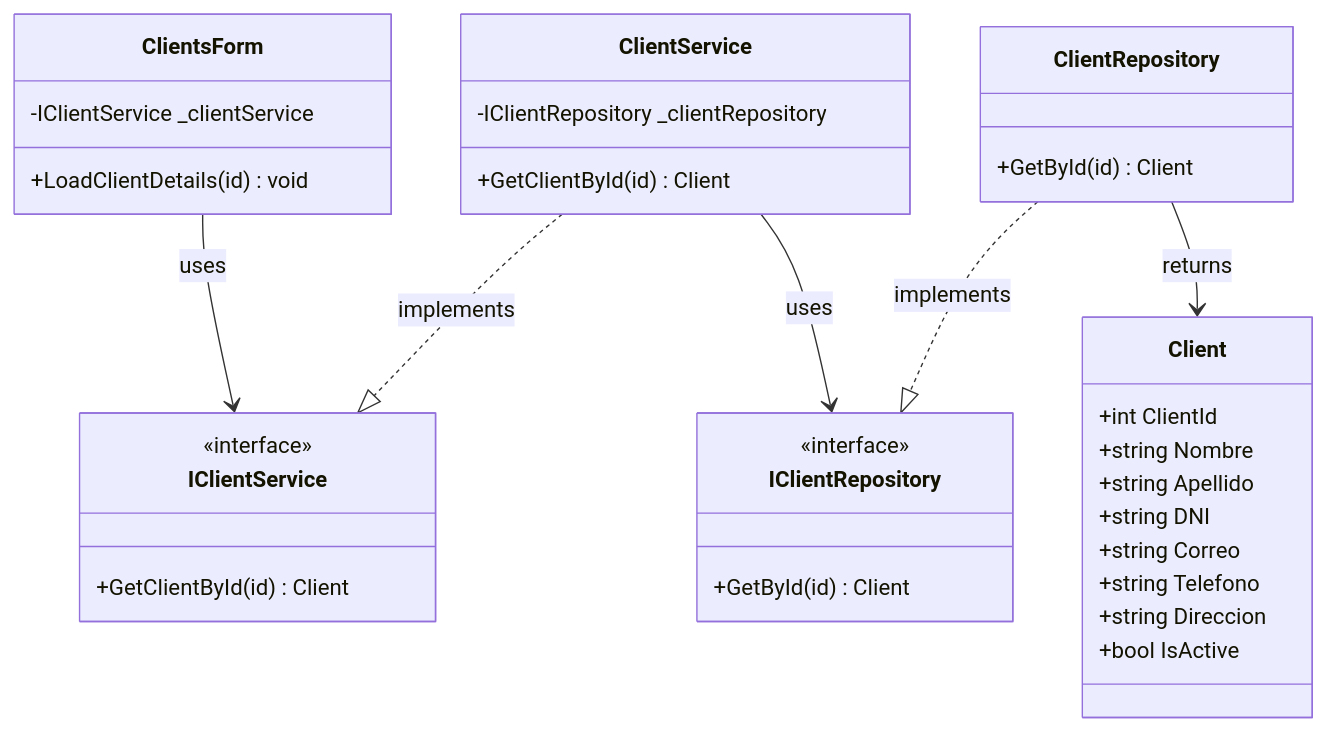
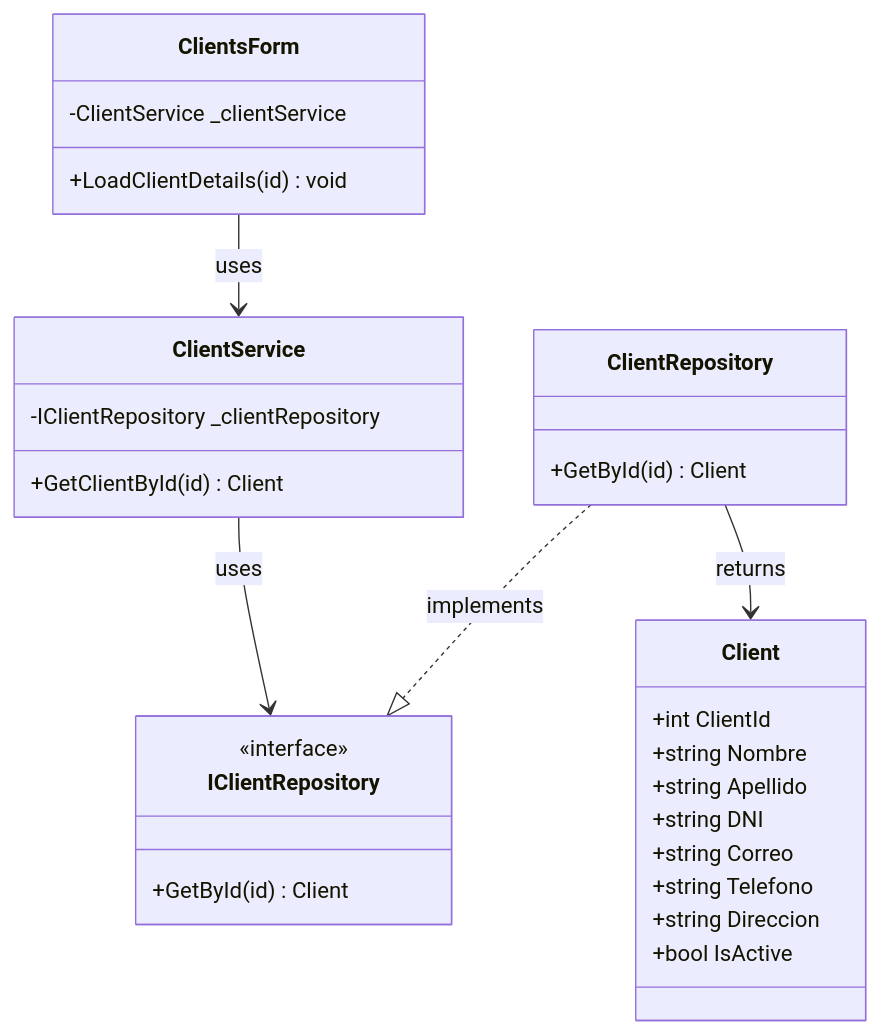
The ninth of 12 diagrams in Documentation/UML_Diagrams/17_Clients_UseCases.md (nahuk86/tp_diploma_nk_2026), drawn with Mermaid before and after one commit. The commit also changed other lines of this file and 5 other files, not shown here.

First line of the commit message:
Fix UML documentation: remove non-existent BLL service interfaces

````diff
--- a/Documentation/UML_Diagrams/17_Clients_UseCases.md
+++ b/Documentation/UML_Diagrams/17_Clients_UseCases.md
@@ -343,43 +318,38 @@
 ```mermaid
 classDiagram
     class ClientsForm {
-        -IClientService _clientService
+        -ClientService _clientService
         +LoadClientDetails(id) void
     }
 
-    class IClientService {
-        <<interface>>
-        +GetClientById(id) Client
-    }
 
     class ClientService {
         -IClientRepository _clientRepository
         +GetClientById(id) Client
     }
 
     class IClientRepository {
         <<interface>>
         +GetById(id) Client
     }
 
     class ClientRepository {
         +GetById(id) Client
     }
 
     class Client {
         +int ClientId
         +string Nombre
         +string Apellido
         +string DNI
         +string Correo
         +string Telefono
         +string Direccion
         +bool IsActive
     }
 
-    ClientsForm --> IClientService : uses
-    ClientService ..|> IClientService : implements
+    ClientsForm --> ClientService : uses
     ClientService --> IClientRepository : uses
     ClientRepository ..|> IClientRepository : implements
     ClientRepository --> Client : returns
 ```
````
